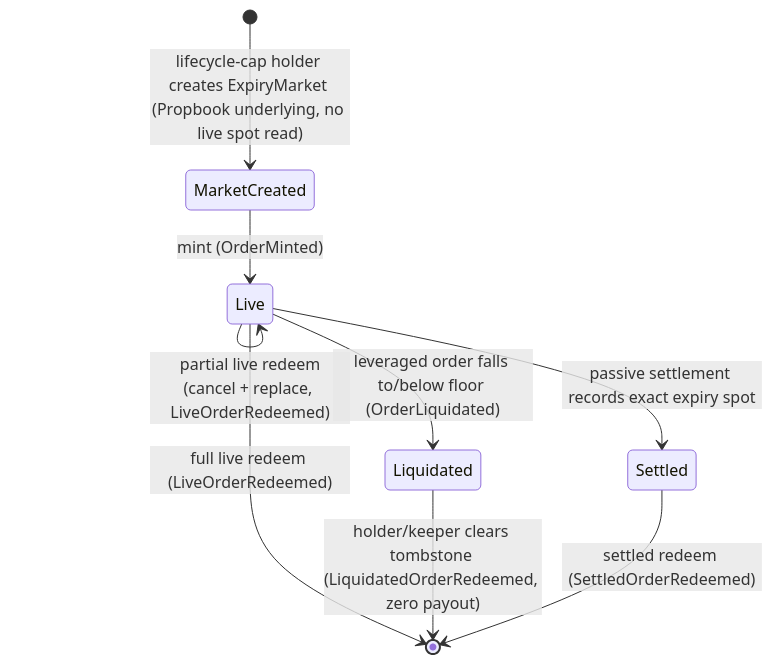
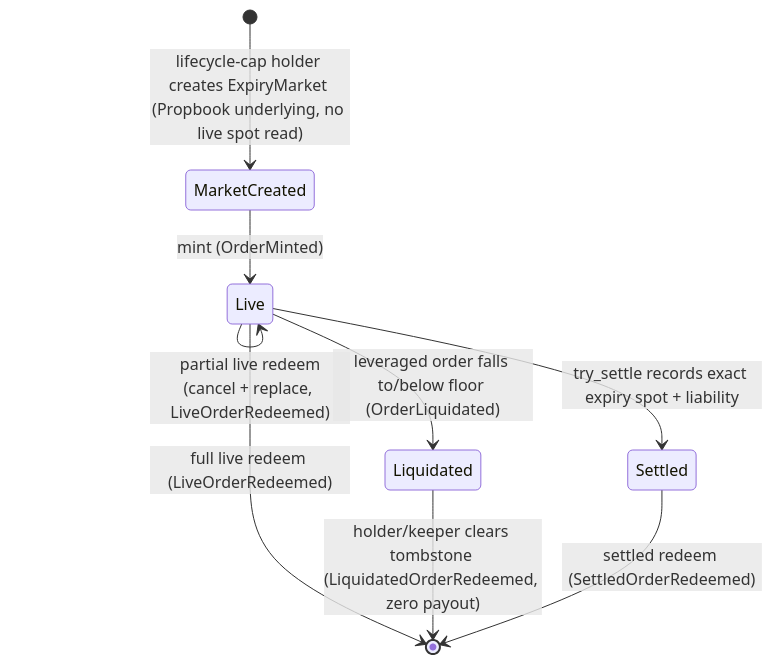
The diagram in packages/predict/docs/overview.md (MystenLabs/deepbookv3), drawn with Mermaid before and after one commit. The commit also changed other lines of this file and 23 other files, not shown here.

````diff
--- a/packages/predict/docs/overview.md
+++ b/packages/predict/docs/overview.md
@@ -50,11 +50,11 @@
 ```mermaid
 stateDiagram-v2
   [*] --> MarketCreated: lifecycle-cap holder creates ExpiryMarket (Propbook underlying, no live spot read)
   MarketCreated --> Live: mint (OrderMinted)
   Live --> Live: partial live redeem<br/>(cancel + replace, LiveOrderRedeemed)
   Live --> [*]: full live redeem (LiveOrderRedeemed)
   Live --> Liquidated: leveraged order falls to/below floor (OrderLiquidated)
   Liquidated --> [*]: holder/keeper clears tombstone (LiquidatedOrderRedeemed, zero payout)
-  Live --> Settled: passive settlement records exact expiry spot
+  Live --> Settled: try_settle records exact expiry spot + liability
   Settled --> [*]: settled redeem (SettledOrderRedeemed)
 ```
````
